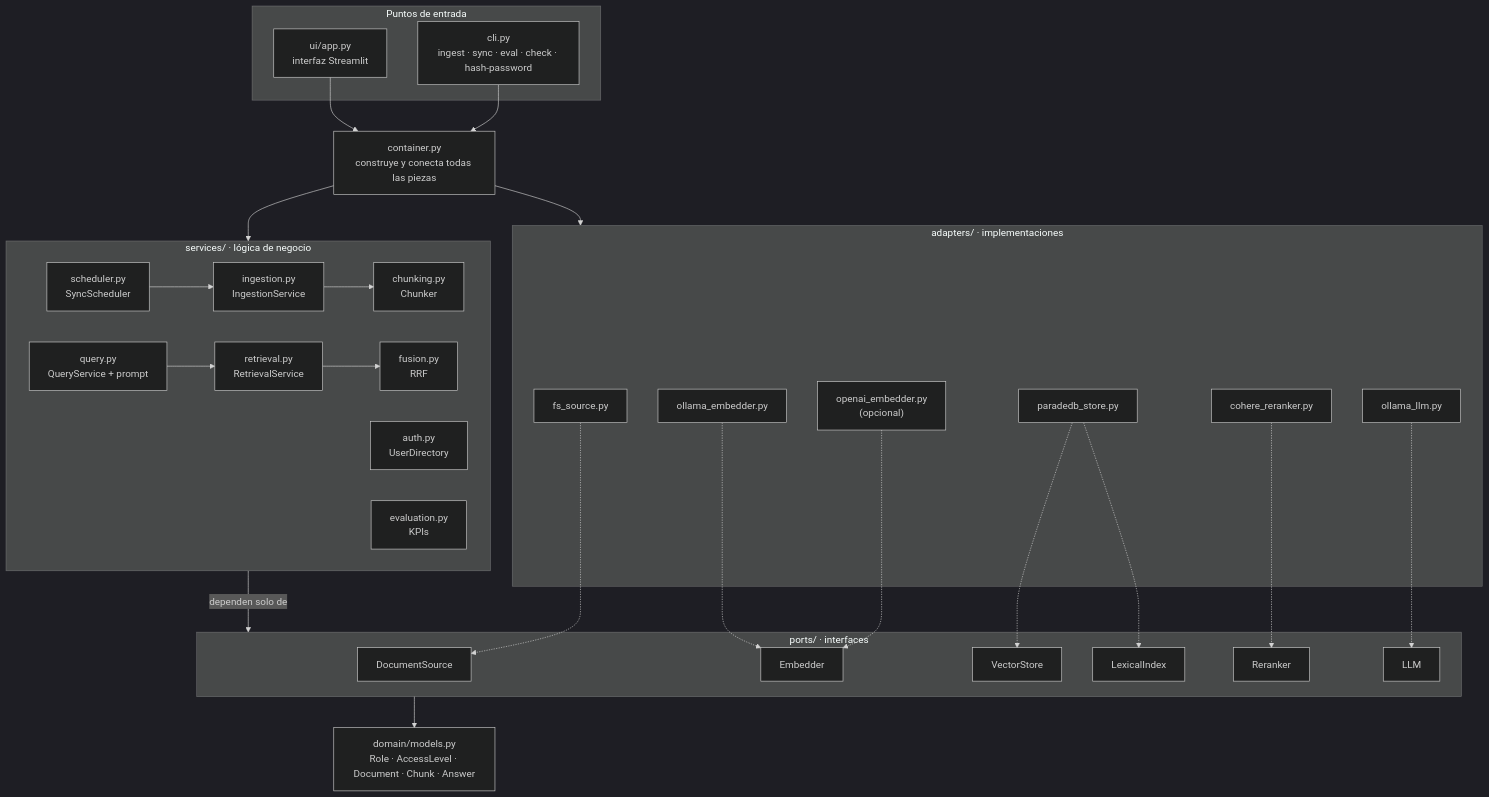
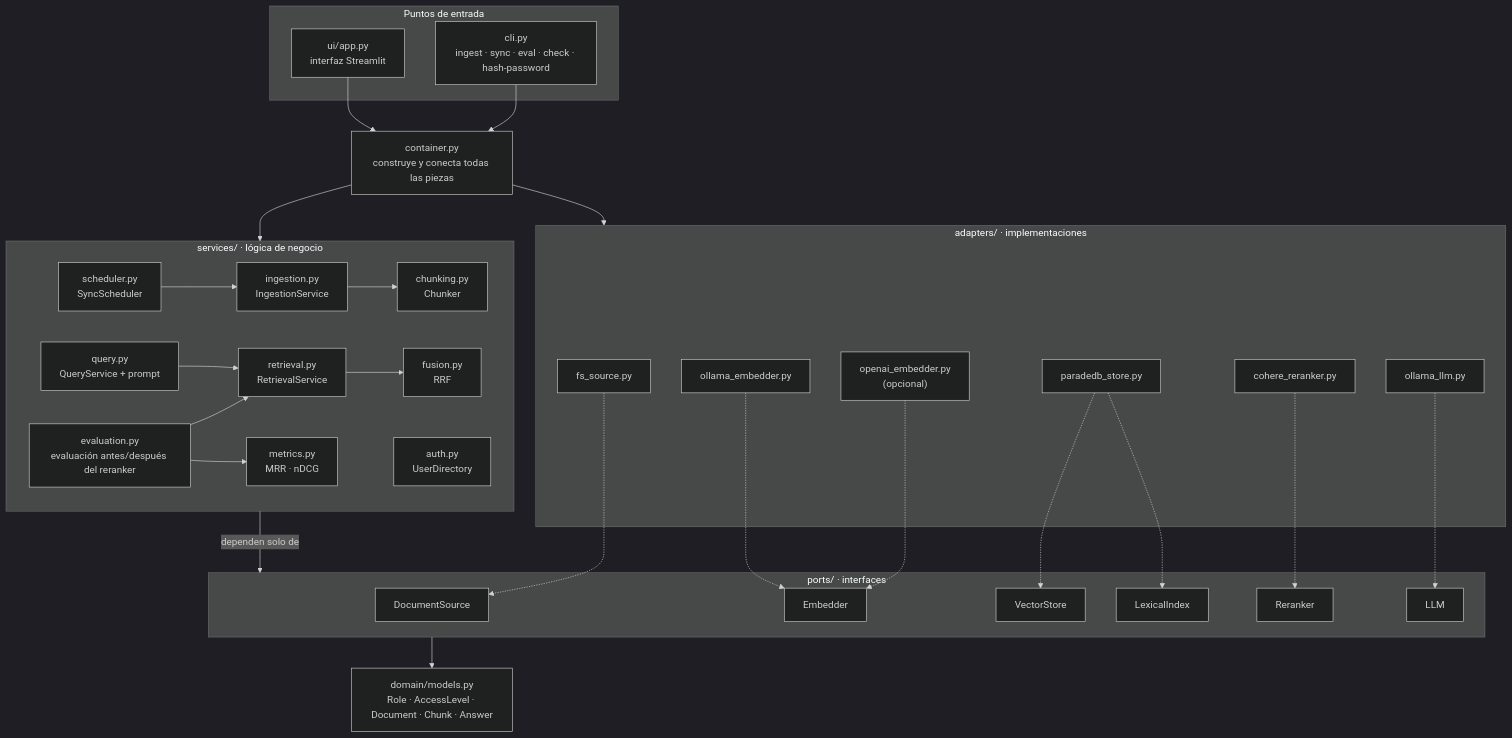
Before and after one commit to ignadeandres/RAG: the diagram in diagrams/04-estructura-codigo.mmd, drawn with Mermaid (dark theme). The commit also changed 65 other files, not shown here.

First line of the commit message:
Add MRR and nDCG evaluation before and after the reranker

```diff
--- a/diagrams/04-estructura-codigo.mmd
+++ b/diagrams/04-estructura-codigo.mmd
@@ -1,56 +1,59 @@
 flowchart TB
     subgraph entry["Puntos de entrada"]
         ui["ui/app.py<br/>interfaz Streamlit"]
         cli["cli.py<br/>ingest · sync · eval · check · hash-password"]
     end
 
     container["container.py<br/>construye y conecta todas las piezas"]
 
     subgraph services["services/ · lógica de negocio"]
         ingestion["ingestion.py<br/>IngestionService"]
         scheduler["scheduler.py<br/>SyncScheduler"]
         chunking["chunking.py<br/>Chunker"]
         retrieval["retrieval.py<br/>RetrievalService"]
         fusion["fusion.py<br/>RRF"]
         query["query.py<br/>QueryService + prompt"]
         auth["auth.py<br/>UserDirectory"]
-        evaluation["evaluation.py<br/>KPIs"]
+        evaluation["evaluation.py<br/>evaluación antes/después del reranker"]
+        metrics["metrics.py<br/>MRR · nDCG"]
     end
 
     subgraph ports["ports/ · interfaces"]
         p_src["DocumentSource"]
         p_emb["Embedder"]
         p_vec["VectorStore"]
         p_lex["LexicalIndex"]
         p_rr["Reranker"]
         p_llm["LLM"]
     end
 
     subgraph adapters["adapters/ · implementaciones"]
         a_fs["fs_source.py"]
         a_oemb["ollama_embedder.py"]
         a_oai["openai_embedder.py<br/>(opcional)"]
         a_pdb["paradedb_store.py"]
         a_coh["cohere_reranker.py"]
         a_llm["ollama_llm.py"]
     end
 
     domain["domain/models.py<br/>Role · AccessLevel · Document · Chunk · Answer"]
 
     ui --> container
     cli --> container
     container --> services
     container --> adapters
     scheduler --> ingestion
     ingestion --> chunking
     query --> retrieval
     retrieval --> fusion
+    evaluation --> retrieval
+    evaluation --> metrics
     services -->|"dependen solo de"| ports
     a_fs -.-> p_src
     a_oemb -.-> p_emb
     a_oai -.-> p_emb
     a_pdb -.-> p_vec
     a_pdb -.-> p_lex
     a_coh -.-> p_rr
     a_llm -.-> p_llm
     ports --> domain
```
